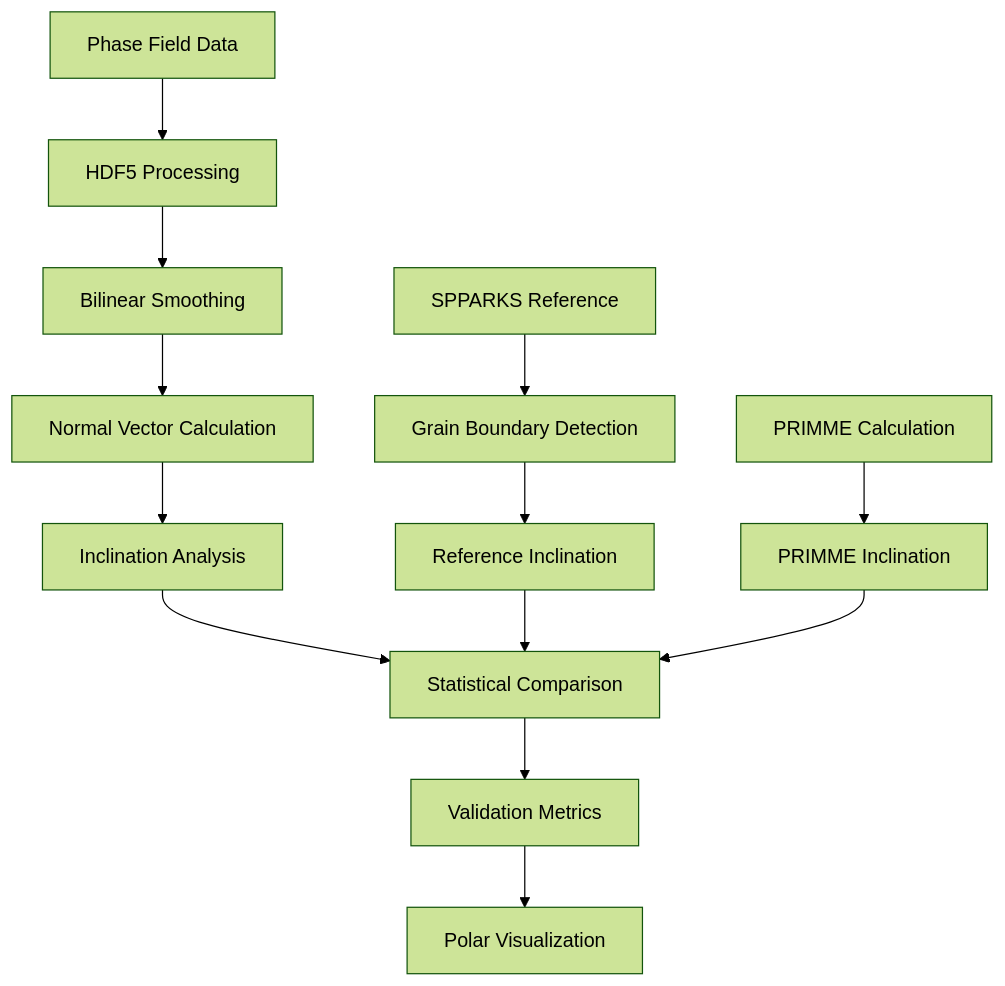
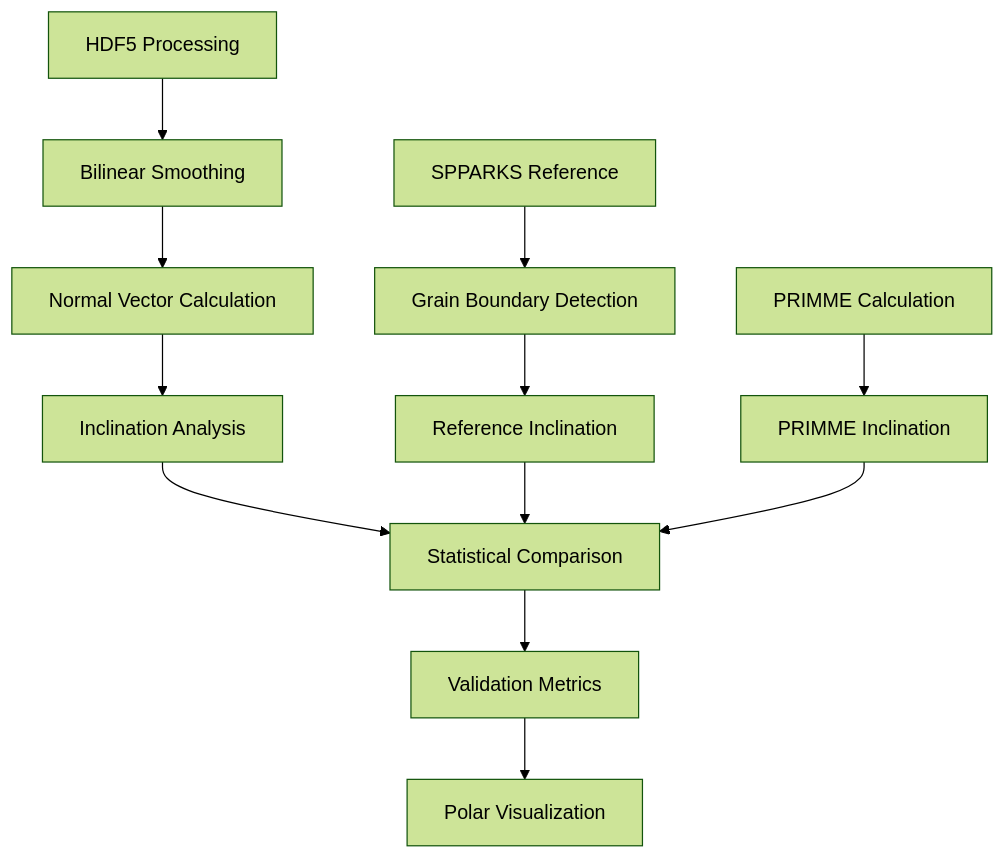
Before and after one commit to Linwitness/VECTOR: the diagram in examples/calculate_inclination/README.md, drawn with Mermaid (forest theme). The commit also changed other lines of this file and 2 other files, not shown here.

````diff
--- a/examples/calculate_inclination/README.md
+++ b/examples/calculate_inclination/README.md
@@ -51,18 +51,17 @@
 ```mermaid
 graph TD
-    A[Phase Field Data] --> B[HDF5 Processing]
-    B --> C[Bilinear Smoothing]
+    B[HDF5 Processing] --> C[Bilinear Smoothing]
     C --> D[Normal Vector Calculation]
     D --> E[Inclination Analysis]
     
     F[SPPARKS Reference] --> G[Grain Boundary Detection]
     G --> H[Reference Inclination]
     
     I[PRIMME Calculation] --> J[PRIMME Inclination]
     
     E --> K[Statistical Comparison]
     H --> K
     J --> K
     K --> L[Validation Metrics]
     L --> M[Polar Visualization]
 ```
````
